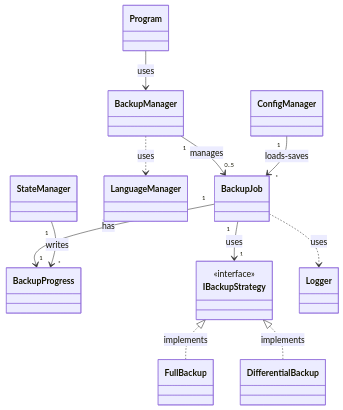
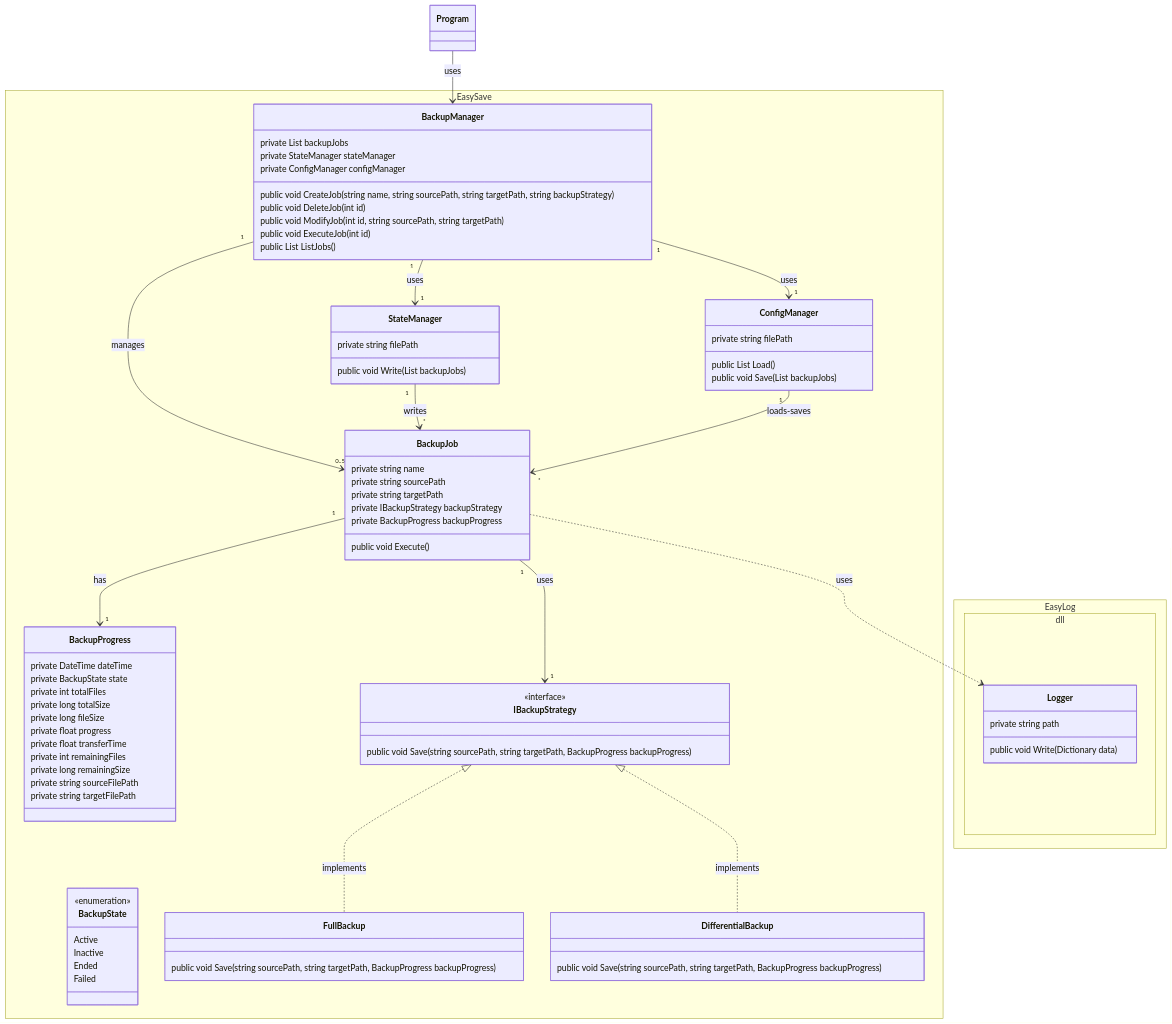
The diagram in docs/class-diagram.md (arayzendev/EasySave), drawn with Mermaid before and after one commit.

Commit message:
feat: completed class diagram

````diff
--- a/docs/class-diagram.md
+++ b/docs/class-diagram.md
@@ -2,41 +2,86 @@
 classDiagram
     direction TB
 
-    class BackupManager {
+    namespace EasySave{
+
+        class BackupManager {
+            private List<BackupJob> backupJobs
+            private StateManager stateManager
+            private ConfigManager configManager
+            public void CreateJob(string name, string sourcePath, string targetPath, string backupStrategy)
+            public void DeleteJob(int id)
+            public void ModifyJob(int id, string sourcePath, string targetPath)
+            public void ExecuteJob(int id)
+            public List<BackupJob> ListJobs()
+        }
+
+        class StateManager {
+            private string filePath
+            public void Write(List<BackupJob> backupJobs)
+        }
+
+        class ConfigManager {
+            private string filePath
+            public List<BackupJob> Load()
+            public void Save(List<BackupJob> backupJobs)
+        }
+
+        class BackupJob {
+            private string name
+            private string sourcePath
+            private string targetPath
+            private IBackupStrategy backupStrategy
+            private BackupProgress backupProgress
+            public void Execute()
+        }
+
+        class BackupProgress {
+            private DateTime dateTime
+            private BackupState state
+            private int totalFiles
+            private long totalSize
+            private long fileSize
+            private float progress
+            private float transferTime
+            private int remainingFiles
+            private long remainingSize
+            private string sourceFilePath
+            private string targetFilePath
+        }
+
+        class BackupState{
+            <<enumeration>>
+            Active
+            Inactive
+            Ended
+            Failed
+        }
+
+        class IBackupStrategy {
+            <<interface>>
+            public void Save(string sourcePath, string targetPath, BackupProgress backupProgress)
+        }
+
+        class FullBackup {
+            public void Save(string sourcePath, string targetPath, BackupProgress backupProgress)
+        }
+
+        class DifferentialBackup {
+            public void Save(string sourcePath, string targetPath, BackupProgress backupProgress)
+        }
+
     }
 
-    class StateManager {
-    }
-
-    class ConfigManager {
-    }
-
-    class LanguageManager {
-    }
-
-    class BackupJob {
-    }
-
-    class BackupProgress {
-    }
-
-    class IBackupStrategy {
-        <<interface>>
-    }
-
-    class FullBackup {
-    }
-
-    class DifferentialBackup {
-    }
-
-    class Logger {
+    namespace EasyLog.dll{
+        class Logger {
+            private string path
+            public void Write(Dictionary<string, object> data)
+        }
     }
 
     Program --> BackupManager : uses
 
     BackupManager "1" --> "0..5" BackupJob : manages
-    BackupManager ..> LanguageManager : uses
 
     BackupJob "1" --> "1" IBackupStrategy : uses
     BackupJob "1" --> "1" BackupProgress : has
@@ -44,8 +89,11 @@
     IBackupStrategy <|.. FullBackup : implements
     IBackupStrategy <|.. DifferentialBackup : implements
 
-    StateManager "1" --> "*" BackupProgress : writes
+    StateManager "1" --> "*" BackupJob : writes
     ConfigManager "1" --> "*" BackupJob : loads-saves
+
+    BackupManager "1" --> "1" StateManager : uses
+    BackupManager "1" --> "1" ConfigManager : uses
 
     BackupJob ..> Logger : uses
 ```
````
